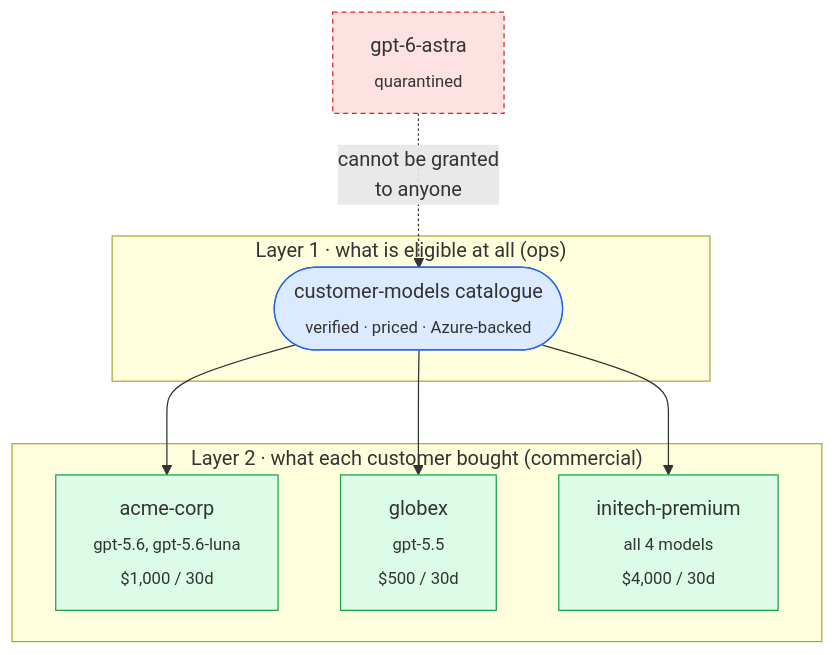
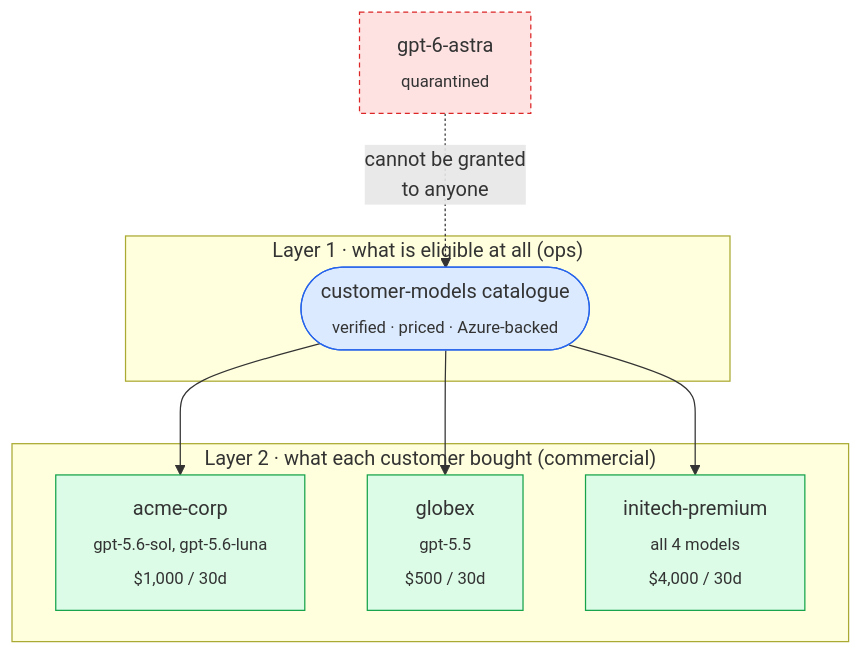
One commit to mahipalparegi/LiteLLMProxy changed the seventh of 12 diagrams in README.md. Above: the diagram before and after it, drawn with Mermaid. The commit also changed other lines of this file and 9 other files, not shown here.

````diff
--- a/README.md
+++ b/README.md
@@ -449,19 +466,19 @@
 ```mermaid
 flowchart TB
     subgraph L1["Layer 1 · what is eligible at all (ops)"]
         CAT(["customer-models catalogue<br/><sub>verified · priced · Azure-backed</sub>"])
     end
     subgraph L2["Layer 2 · what each customer bought (commercial)"]
-        A["acme-corp<br/><sub>gpt-5.6, gpt-5.6-luna<br/>$1,000 / 30d</sub>"]
+        A["acme-corp<br/><sub>gpt-5.6-sol, gpt-5.6-luna<br/>$1,000 / 30d</sub>"]
         B["globex<br/><sub>gpt-5.5<br/>$500 / 30d</sub>"]
         C["initech-premium<br/><sub>all 4 models<br/>$4,000 / 30d</sub>"]
     end
     Q["gpt-6-astra<br/><sub>quarantined</sub>"]
     CAT --> A & B & C
     Q -.->|"cannot be granted<br/>to anyone"| CAT
     style CAT fill:#dbeafe,stroke:#2563eb
     style Q fill:#fee2e2,stroke:#dc2626,stroke-dasharray: 4 3
     style A fill:#dcfce7,stroke:#16a34a
     style B fill:#dcfce7,stroke:#16a34a
     style C fill:#dcfce7,stroke:#16a34a
 ```
````
